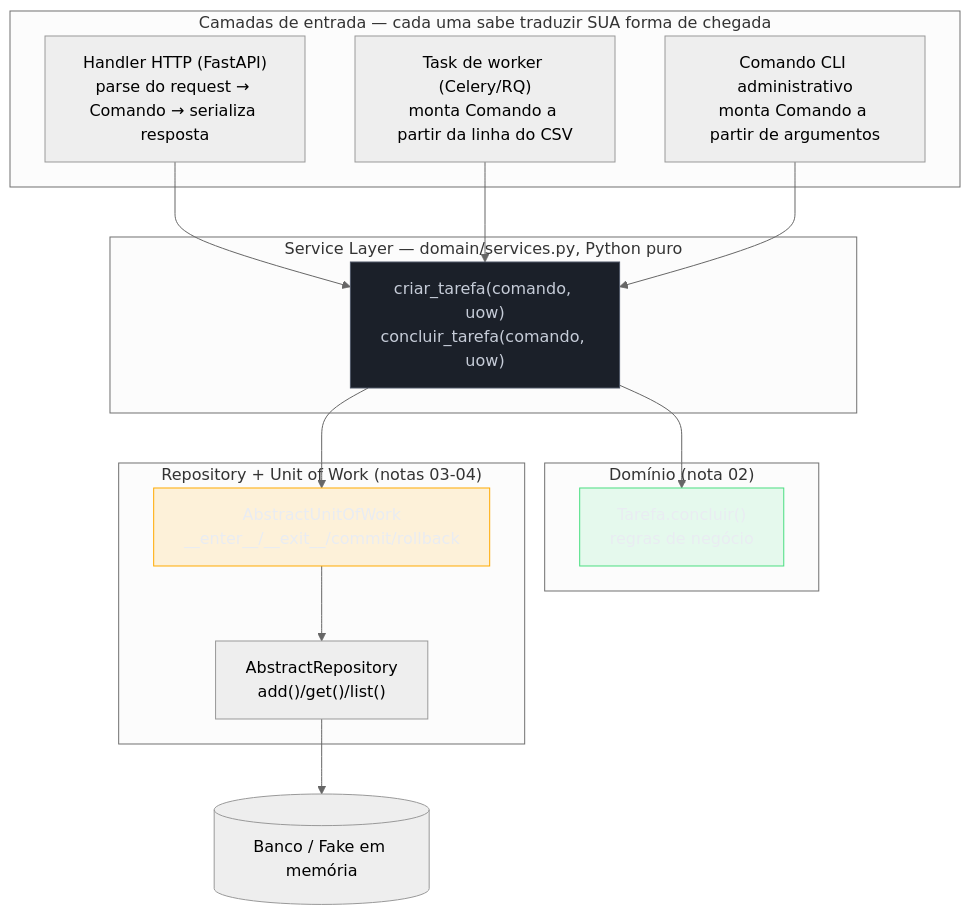
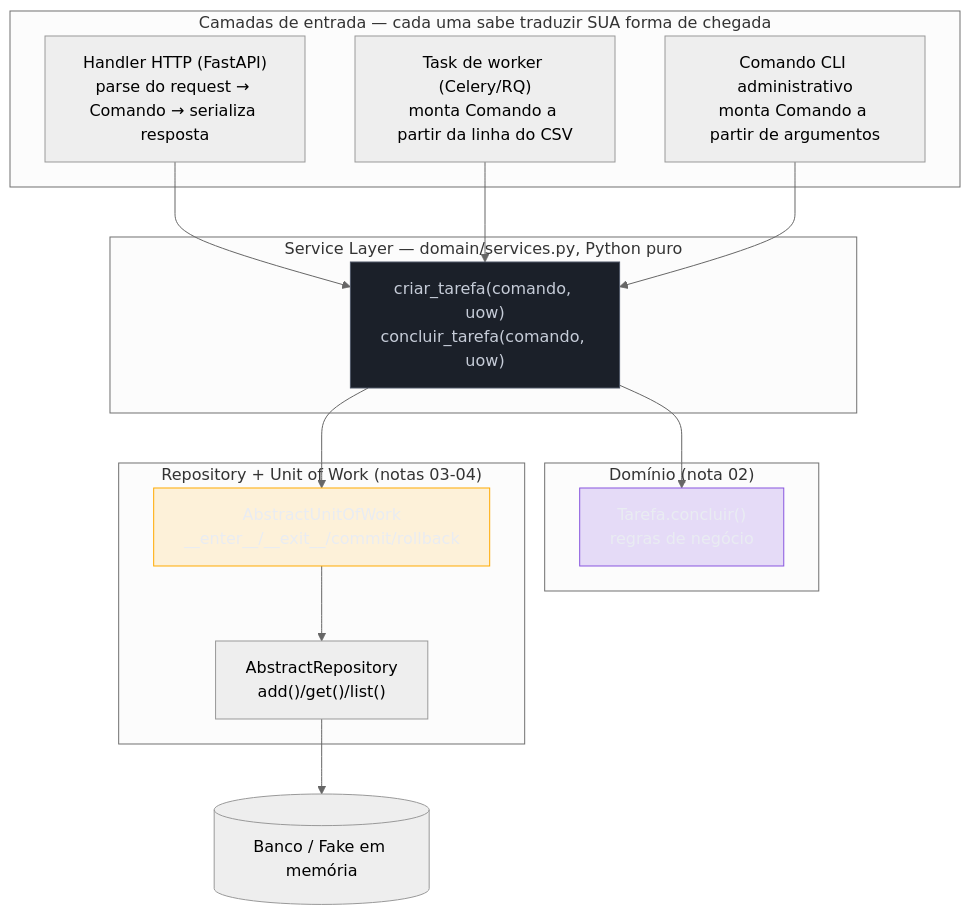
One commit to josenaldo/codex-technomanticus changed the first of 2 diagrams in 03-Dominios/Tecnologia/Python/Arquitetura e Design Patterns/06 - Service Layer — orquestrando casos de uso.md. Above: the diagram before and after it, drawn with Mermaid (neutral theme). The commit also changed other lines of this file and 601 other files, not shown here.

````diff
--- a/03-Dominios/Tecnologia/Python/Arquitetura e Design Patterns/06 - Service Layer — orquestrando casos de uso.md
+++ b/03-Dominios/Tecnologia/Python/Arquitetura e Design Patterns/06 - Service Layer — orquestrando casos de uso.md
@@ -124,36 +124,36 @@
 ```mermaid
 flowchart TB
+    classDef marca fill:#8855DF33,stroke:#8855DF,color:#E9ECF2
     classDef neutro fill:#1B2029,stroke:#4E5666,color:#C6CCD8
-    classDef ok fill:#4ADE8021,stroke:#4ADE80,color:#E9ECF2
     classDef destaque fill:#FFAA0024,stroke:#FFAA00,color:#E9ECF2
     subgraph Entrada["Camadas de entrada — cada uma sabe traduzir SUA forma de chegada"]
         HTTP["Handler HTTP (FastAPI)\nparse do request → Comando → serializa resposta"]
         WORKER["Task de worker (Celery/RQ)\nmonta Comando a partir da linha do CSV"]
         CLI["Comando CLI administrativo\nmonta Comando a partir de argumentos"]
     end
 
     subgraph Servico["Service Layer — domain/services.py, Python puro"]
         SVC["criar_tarefa(comando, uow)\nconcluir_tarefa(comando, uow)"]
     end
 
     subgraph Dominio["Domínio (nota 02)"]
         ENT["Tarefa.concluir()\nregras de negócio"]
     end
 
     subgraph Persistencia["Repository + Unit of Work (notas 03-04)"]
         UOW["AbstractUnitOfWork\n__enter__/__exit__/commit/rollback"]
         REPO["AbstractRepository\nadd()/get()/list()"]
     end
 
     HTTP --> SVC
     WORKER --> SVC
     CLI --> SVC
     SVC --> ENT
     SVC --> UOW
     UOW --> REPO
     REPO --> DB[("Banco / Fake em memória")]
 
     class SVC neutro
-    class ENT ok
+    class ENT marca
     class UOW destaque
 ```
````
